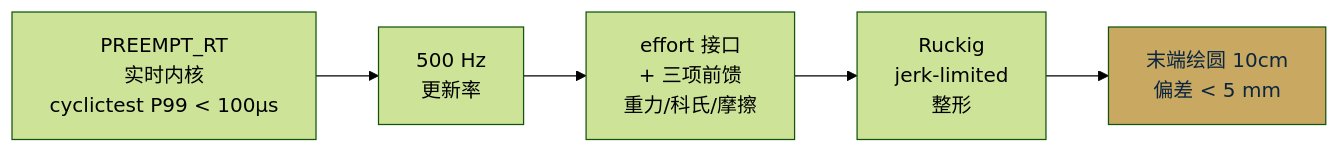
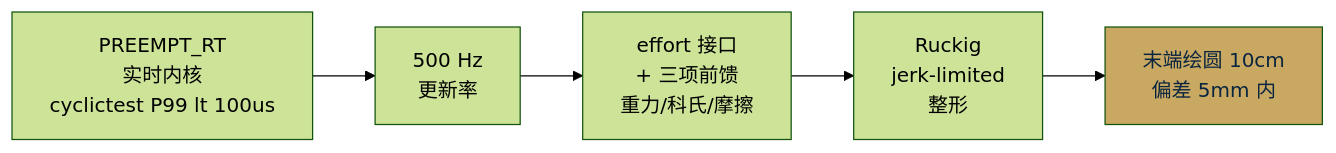
The third of 3 diagrams in competitors/openarm/doc.md (shuyx/xc-robot2lab), drawn with Mermaid (forest theme) before and after one commit. The commit also changed 2 other files, not shown here.

Commit message:
fix: doc-renderer 修复 frontmatter + Mermaid HTML实体渲染
- doc-renderer.js: 加 frontmatter 剥离（所有带---头的MD文档正常渲染）
- doc-renderer.js: Mermaid 代码块加 unescapeHtml（&gt;&lt;等实体还原）
- doc-renderer.js: suppressErrors=true（Mermaid失败降级不崩溃整页）
- sundayai/doc.md: 修复 Mermaid 节点里的 &gt; → 超过/pct 等安全写法
- openarm/doc.md: 修复 Mermaid 节点里的 &lt; → lt等安全写法

````diff
--- a/competitors/openarm/doc.md
+++ b/competitors/openarm/doc.md
@@ -185,11 +185,11 @@
 ```mermaid
 flowchart LR
-    P1[PREEMPT_RT<br/>实时内核<br/>cyclictest P99 &lt; 100μs]
+    P1[PREEMPT_RT<br/>实时内核<br/>cyclictest P99 lt 100us]
     P2[500 Hz<br/>更新率]
     P3[effort 接口<br/>+ 三项前馈<br/>重力/科氏/摩擦]
     P4[Ruckig<br/>jerk-limited<br/>整形]
 
-    P1 --> P2 --> P3 --> P4 --> OK[末端绘圆 10cm<br/>偏差 &lt; 5 mm]
+    P1 --> P2 --> P3 --> P4 --> OK[末端绘圆 10cm<br/>偏差 5mm 内]
 
     style OK fill:#C9A961,color:#0A2540
 ```
````
